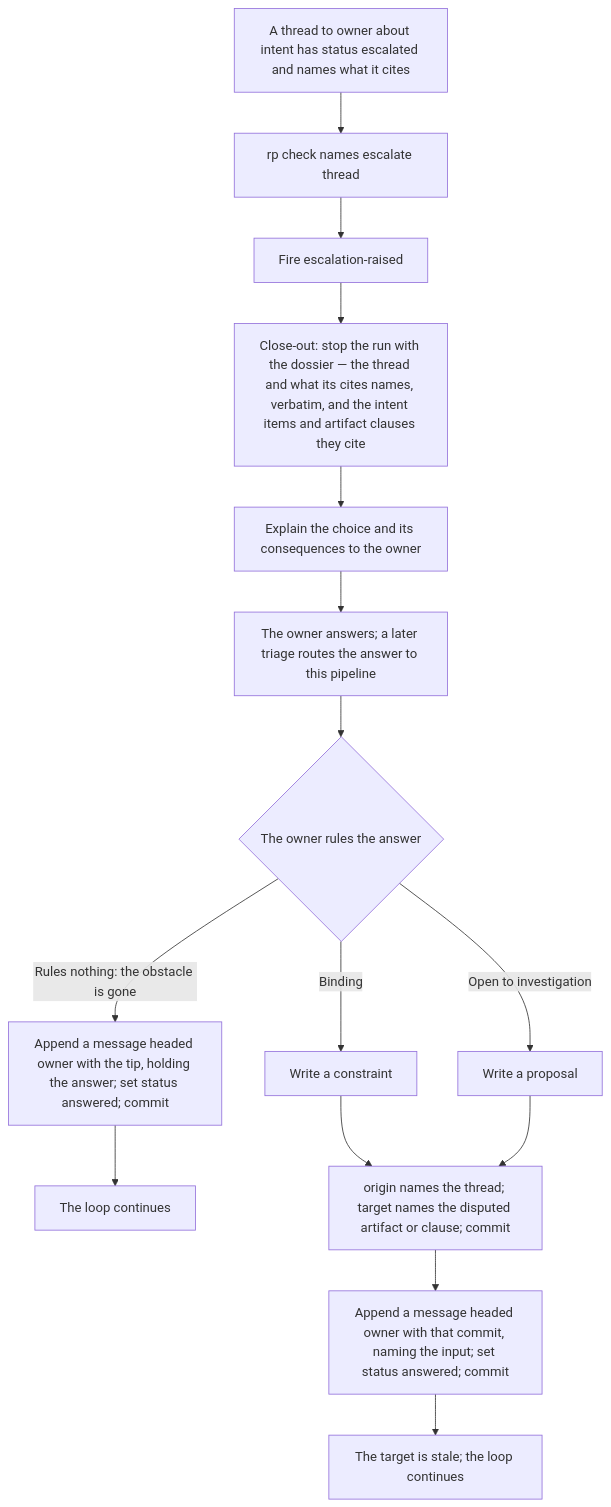
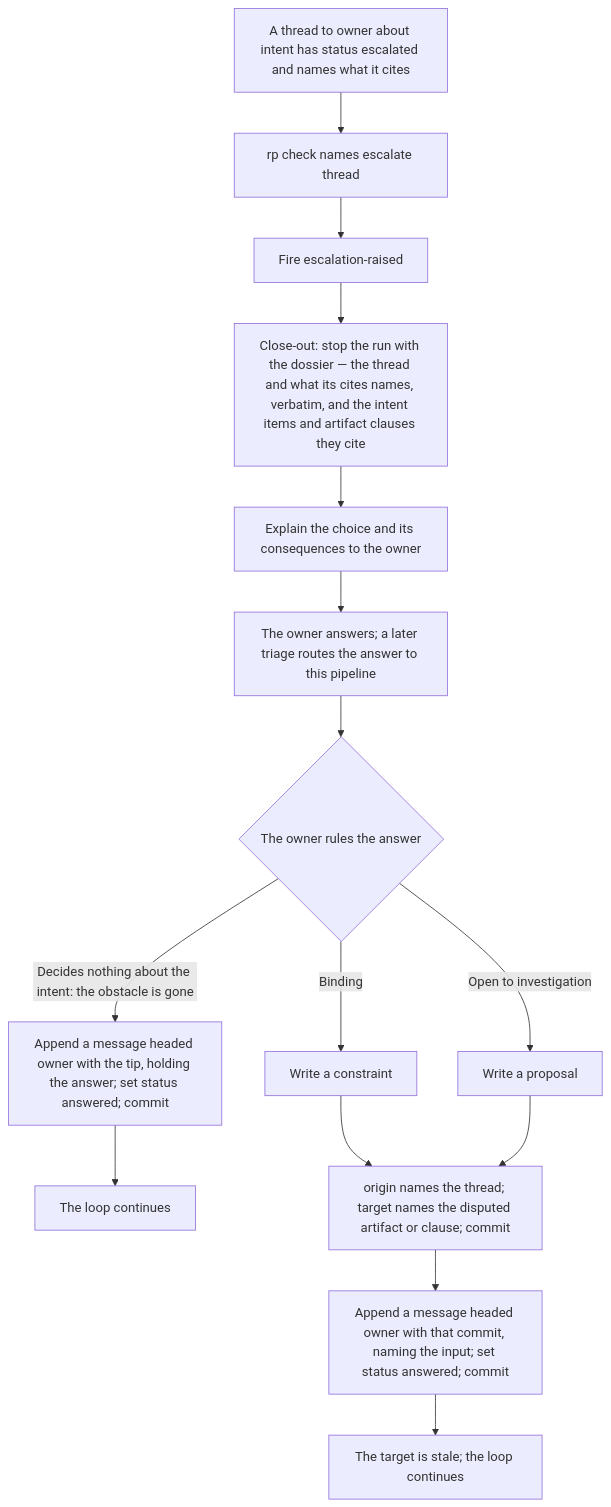
The diagram in docs/flowcharts/escalation.md (Automattic/radical-pipelines), drawn with Mermaid before and after one commit. The commit also changed other lines of this file and 19 other files, not shown here.

Commit message:
Deliver a thread-only owner answer, see conflicts that leave no file unmerged, and list base conflicts on every implementer turn (assisted)

````diff
--- a/docs/flowcharts/escalation.md
+++ b/docs/flowcharts/escalation.md
@@ -5,17 +5,17 @@
 ```mermaid
 flowchart TD
     A["A thread to owner about intent has status escalated and names what it cites"] --> B["rp check names escalate thread"]
     B --> C["Fire escalation-raised"]
     C --> D["Close-out: stop the run with the dossier — the thread and what its cites names, verbatim, and the intent items and artifact clauses they cite"]
     D --> E["Explain the choice and its consequences to the owner"]
     E --> F["The owner answers; a later triage routes the answer to this pipeline"]
     F --> G{"The owner rules the answer"}
     G -->|Binding| H["Write a constraint"]
     G -->|Open to investigation| I["Write a proposal"]
-    G -->|Rules nothing: the obstacle is gone| M["Append a message headed owner with the tip, holding the answer; set status answered; commit"]
+    G -->|Decides nothing about the intent: the obstacle is gone| M["Append a message headed owner with the tip, holding the answer; set status answered; commit"]
     M --> N["The loop continues"]
     H --> J["origin names the thread; target names the disputed artifact or clause; commit"]
     I --> J
     J --> K["Append a message headed owner with that commit, naming the input; set status answered; commit"]
     K --> L["The target is stale; the loop continues"]
 ```
````
